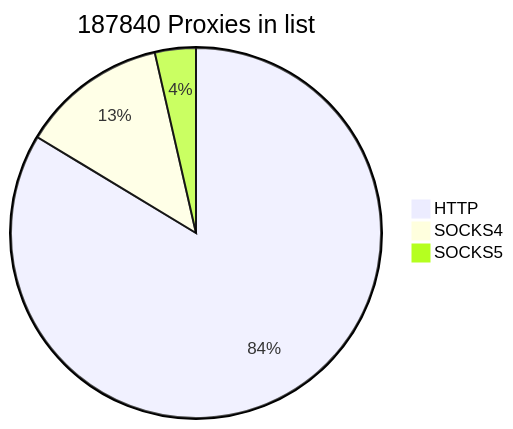
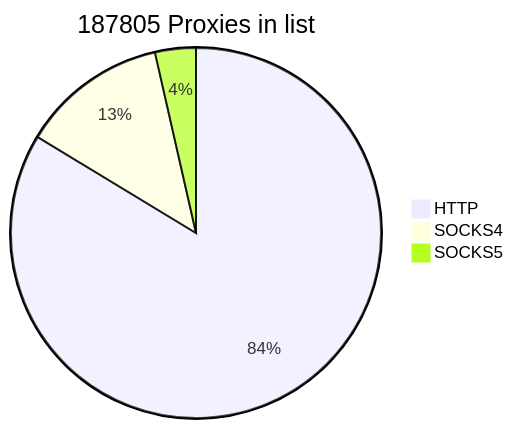
Before and after one commit to cutipu/proxylist: the first of 2 diagrams in README.md, drawn with Mermaid. The commit also changed other lines of this file, not shown here.

````diff
--- a/README.md
+++ b/README.md
@@ -2,7 +2,7 @@
 ```mermaid
-pie title 187840 Proxies in list
+pie title 187805 Proxies in list
     "HTTP" : 157139
-    "SOCKS4" : 23983
-    "SOCKS5" : 6718
+    "SOCKS4" : 23982
+    "SOCKS5" : 6684
             
 ```
````
